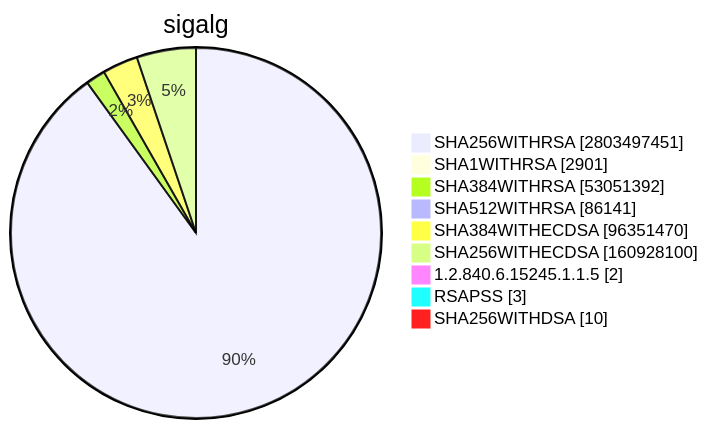
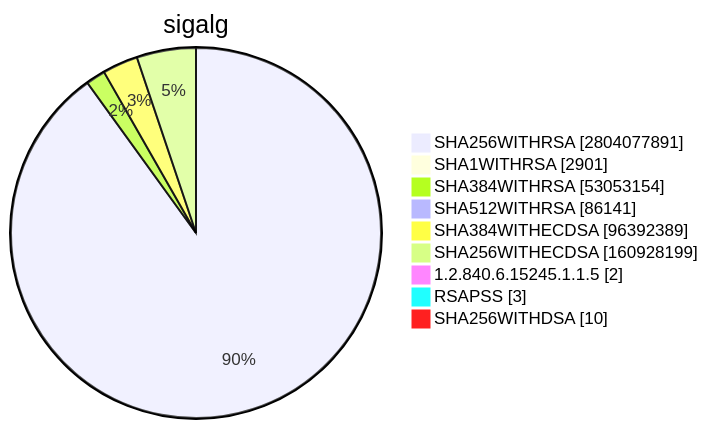
Diagram 15 of 15 in TOTAL/README.md (christiankrug/ctmonitor_visualization), drawn with Mermaid before and after one commit. The commit also changed other lines of this file, not shown here.

````diff
--- a/TOTAL/README.md
+++ b/TOTAL/README.md
@@ -6207,13 +6207,13 @@
 ```mermaid
 pie showData
 title sigalg
-"SHA256WITHRSA" :2803497451
+"SHA256WITHRSA" :2804077891
 "SHA1WITHRSA" :2901
-"SHA384WITHRSA" :53051392
+"SHA384WITHRSA" :53053154
 "SHA512WITHRSA" :86141
-"SHA384WITHECDSA" :96351470
-"SHA256WITHECDSA" :160928100
+"SHA384WITHECDSA" :96392389
+"SHA256WITHECDSA" :160928199
 "1.2.840.6.15245.1.1.5" :2
 "RSAPSS" :3
 "SHA256WITHDSA" :10
 ```
````
